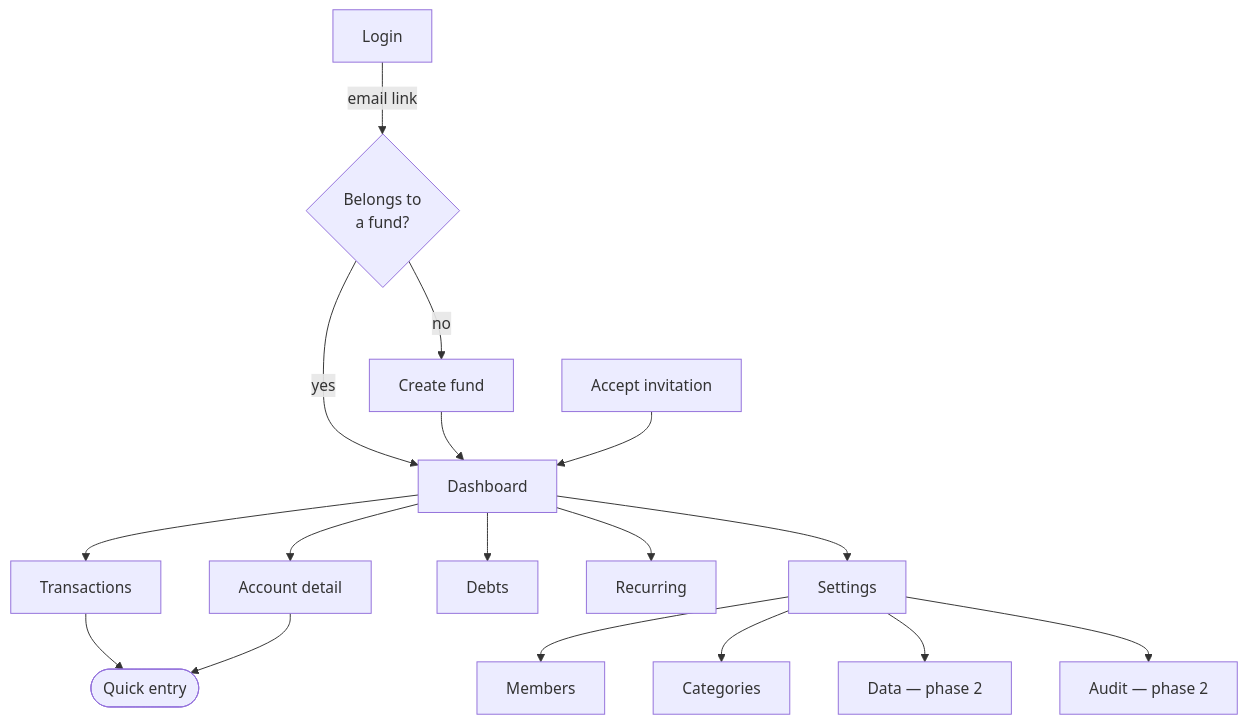
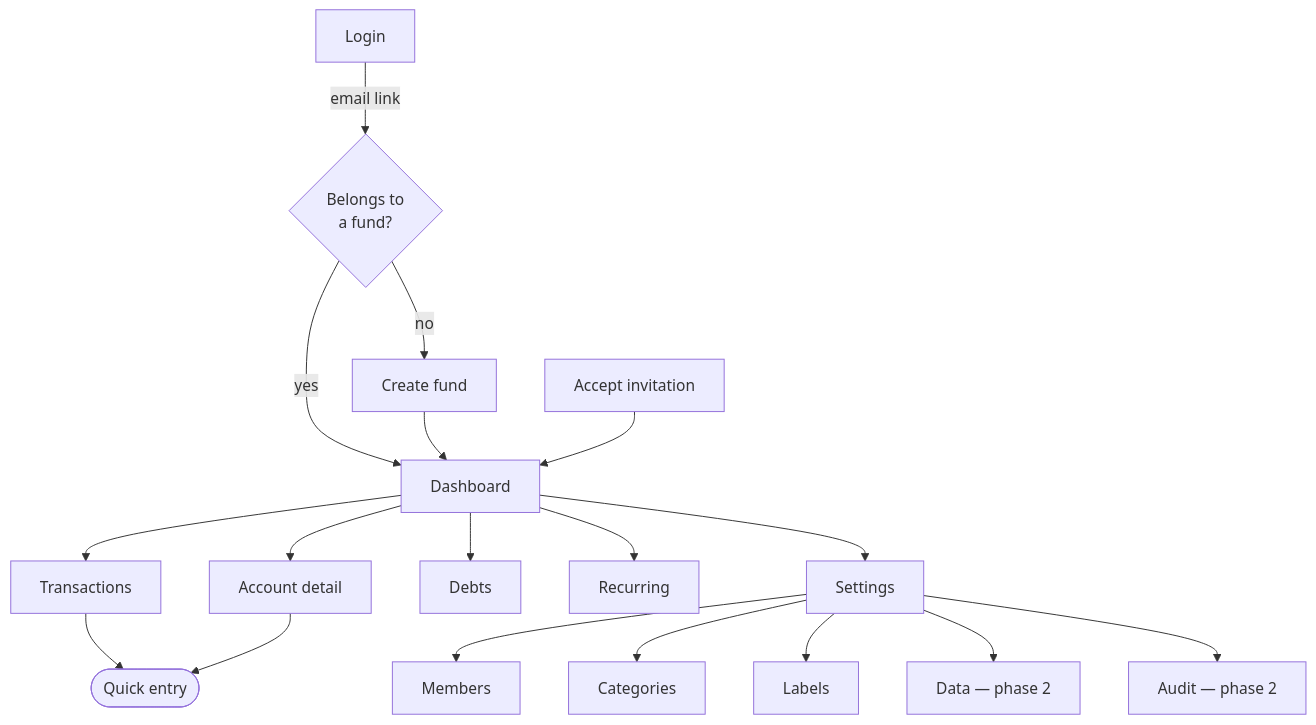
One commit to WAB-Studio/finances-app changed the first of 7 diagrams in docs/FLOWS.md. Above: the diagram before and after it, drawn with Mermaid. The commit also changed 4 other files, not shown here.

````diff
--- a/docs/FLOWS.md
+++ b/docs/FLOWS.md
@@ -10,21 +10,22 @@
 ```mermaid
 flowchart TD
     Login["Login"] -->|email link| Check{"Belongs to<br/>a fund?"}
     Check -->|no| Onboarding["Create fund"]
     Check -->|yes| Dash["Dashboard"]
     Onboarding --> Dash
     Invit["Accept invitation"] --> Dash
 
     Dash --> Tx["Transactions"]
     Dash --> Cta["Account detail"]
     Dash --> Deu["Debts"]
     Dash --> Rec["Recurring"]
     Dash --> Aju["Settings"]
 
     Tx --> TxNew(["Quick entry"])
     Cta --> TxNew
     Aju --> Miembros["Members"]
     Aju --> Cats["Categories"]
+    Aju --> Etiq["Labels"]
     Aju --> Datos["Data — phase 2"]
     Aju --> Audit["Audit — phase 2"]
 ```
````
